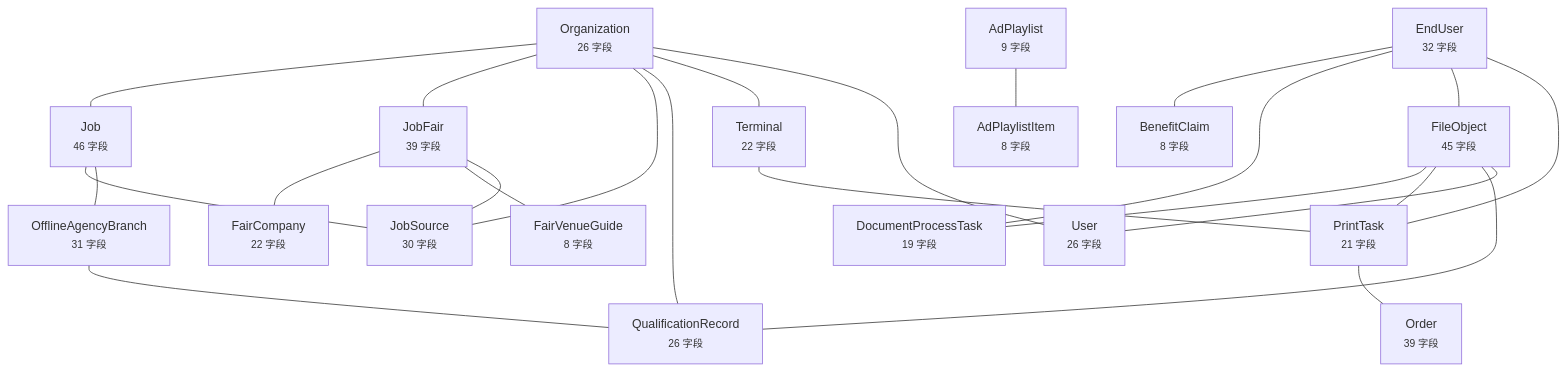
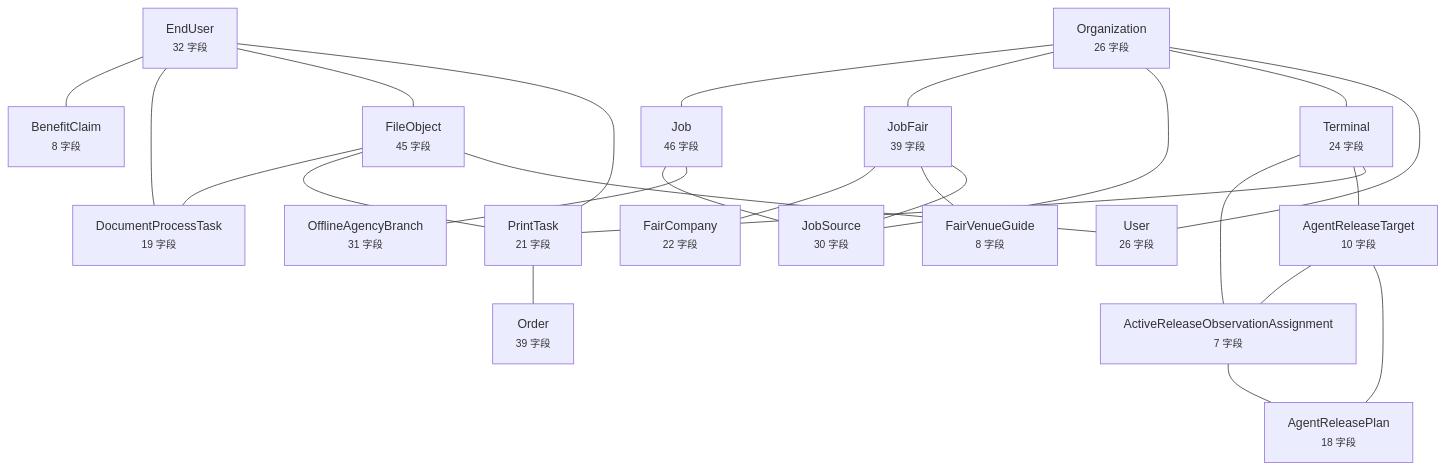
The diagram in docs/graph/data-model.md (wanglei581/YITIJI), drawn with Mermaid before and after one commit. The commit also changed other lines of this file and 8 other files, not shown here.

First line of the commit message:
fix(graph): 补齐 lazy 路由与多控制器解析

````diff
--- a/docs/graph/data-model.md
+++ b/docs/graph/data-model.md
@@ -10,44 +10,45 @@
 ```mermaid
 flowchart TD
   EndUser["EndUser<br/><small>32 字段</small>"]
   Organization["Organization<br/><small>26 字段</small>"]
-  Terminal["Terminal<br/><small>22 字段</small>"]
+  Terminal["Terminal<br/><small>24 字段</small>"]
   FileObject["FileObject<br/><small>45 字段</small>"]
   Job["Job<br/><small>46 字段</small>"]
   JobFair["JobFair<br/><small>39 字段</small>"]
   JobSource["JobSource<br/><small>30 字段</small>"]
   User["User<br/><small>26 字段</small>"]
   PrintTask["PrintTask<br/><small>21 字段</small>"]
+  AgentReleaseTarget["AgentReleaseTarget<br/><small>10 字段</small>"]
+  ActiveReleaseObservationAssignment["ActiveReleaseObservationAssignment<br/><small>7 字段</small>"]
+  AgentReleasePlan["AgentReleasePlan<br/><small>18 字段</small>"]
   BenefitClaim["BenefitClaim<br/><small>8 字段</small>"]
   DocumentProcessTask["DocumentProcessTask<br/><small>19 字段</small>"]
   FairCompany["FairCompany<br/><small>22 字段</small>"]
   FairVenueGuide["FairVenueGuide<br/><small>8 字段</small>"]
   OfflineAgencyBranch["OfflineAgencyBranch<br/><small>31 字段</small>"]
   Order["Order<br/><small>39 字段</small>"]
-  QualificationRecord["QualificationRecord<br/><small>26 字段</small>"]
-  AdPlaylist["AdPlaylist<br/><small>9 字段</small>"]
-  AdPlaylistItem["AdPlaylistItem<br/><small>8 字段</small>"]
   EndUser --- BenefitClaim
   EndUser --- DocumentProcessTask
   EndUser --- FileObject
   EndUser --- PrintTask
   Organization --- Job
   Organization --- JobFair
   Organization --- JobSource
-  Organization --- QualificationRecord
   Organization --- Terminal
   Organization --- User
+  Terminal --- ActiveReleaseObservationAssignment
+  Terminal --- AgentReleaseTarget
   Terminal --- PrintTask
   FileObject --- DocumentProcessTask
   FileObject --- PrintTask
-  FileObject --- QualificationRecord
   FileObject --- User
   Job --- JobSource
   Job --- OfflineAgencyBranch
   JobFair --- FairCompany
   JobFair --- FairVenueGuide
   JobFair --- JobSource
   PrintTask --- Order
-  OfflineAgencyBranch --- QualificationRecord
-  AdPlaylist --- AdPlaylistItem
+  AgentReleaseTarget --- ActiveReleaseObservationAssignment
+  AgentReleaseTarget --- AgentReleasePlan
+  ActiveReleaseObservationAssignment --- AgentReleasePlan
 ```
````
